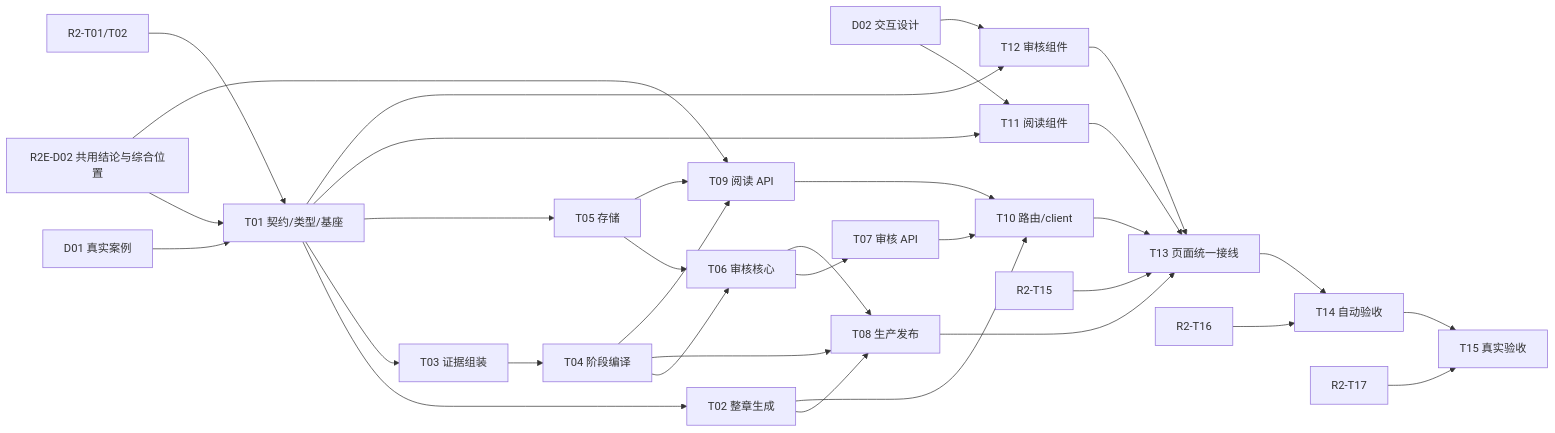
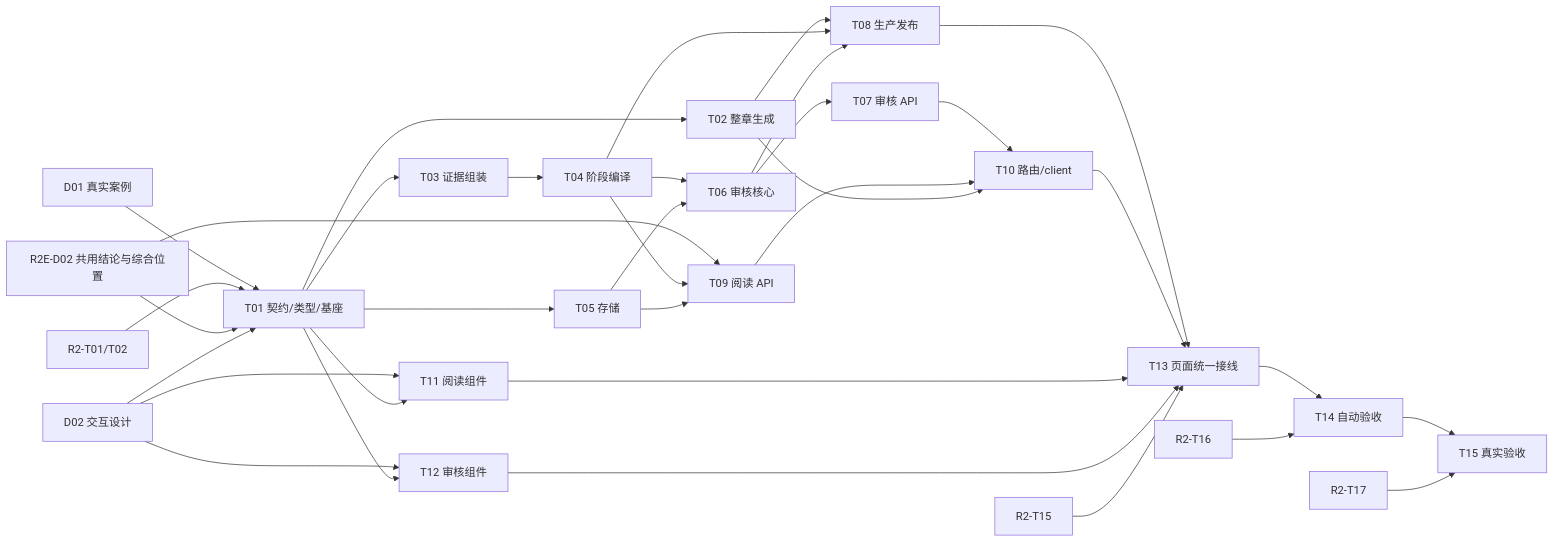
The diagram in docs/tasks/chronicle/third-round/README.md (6spot/Loom), drawn with Mermaid before and after one commit. The commit also changed other lines of this file and 2 other files, not shown here.

````diff
--- a/docs/tasks/chronicle/third-round/README.md
+++ b/docs/tasks/chronicle/third-round/README.md
@@ -51,35 +51,36 @@
 ```mermaid
 flowchart LR
   D01["D01 真实案例"] --> T01["T01 契约/类型/基座"]
   R201["R2-T01/T02"] --> T01
   R2ED02["R2E-D02 共用结论与综合位置"] --> T01
   R2ED02 --> T09
   D02["D02 交互设计"] --> T11["T11 阅读组件"]
   D02 --> T12["T12 审核组件"]
+  D02 --> T01
   T01 --> T02["T02 整章生成"]
   T01 --> T03["T03 证据组装"]
   T01 --> T05["T05 存储"]
   T01 --> T11
   T01 --> T12
   T03 --> T04["T04 阶段编译"]
   T04 --> T06["T06 审核核心"]
   T05 --> T06
   T06 --> T07["T07 审核 API"]
   T02 --> T08["T08 生产发布"]
   T04 --> T08
   T06 --> T08
   T04 --> T09["T09 阅读 API"]
   T05 --> T09
   T07 --> T10["T10 路由/client"]
   T09 --> T10
   T02 --> T10
   T08 --> T13["T13 页面统一接线"]
   T10 --> T13
   T11 --> T13
   T12 --> T13
   R215["R2-T15"] --> T13
   T13 --> T14["T14 自动验收"]
   R216["R2-T16"] --> T14
   T14 --> T15["T15 真实验收"]
   R217["R2-T17"] --> T15
 ```
````
